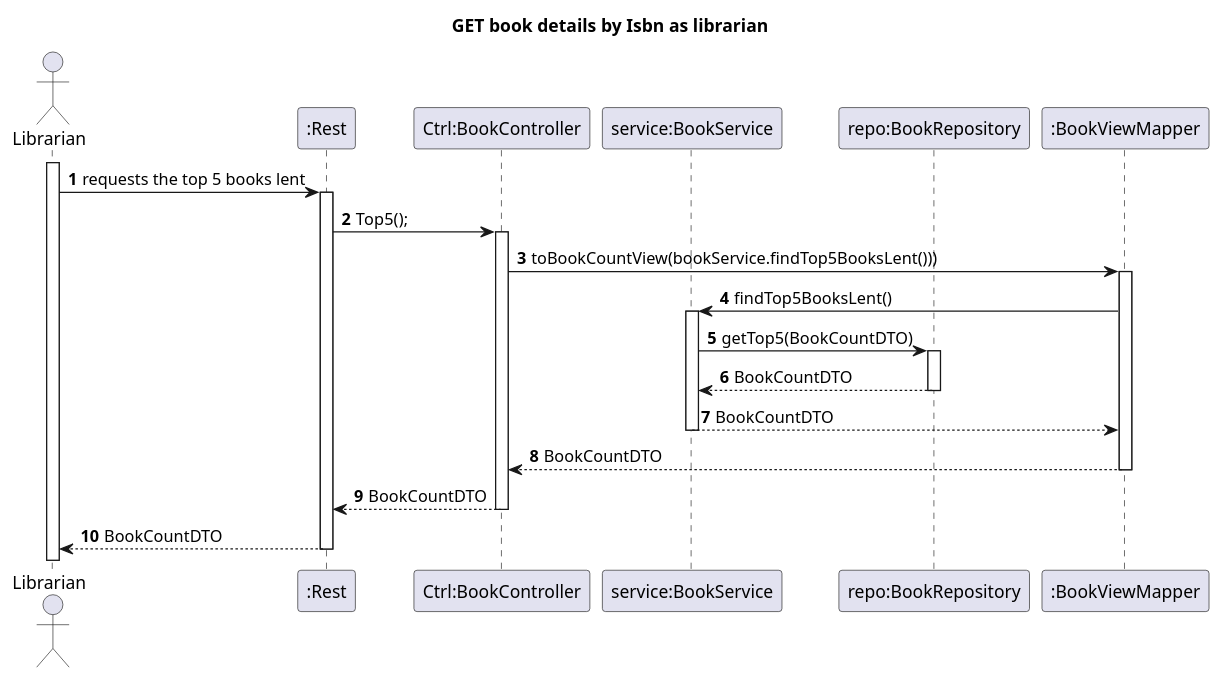
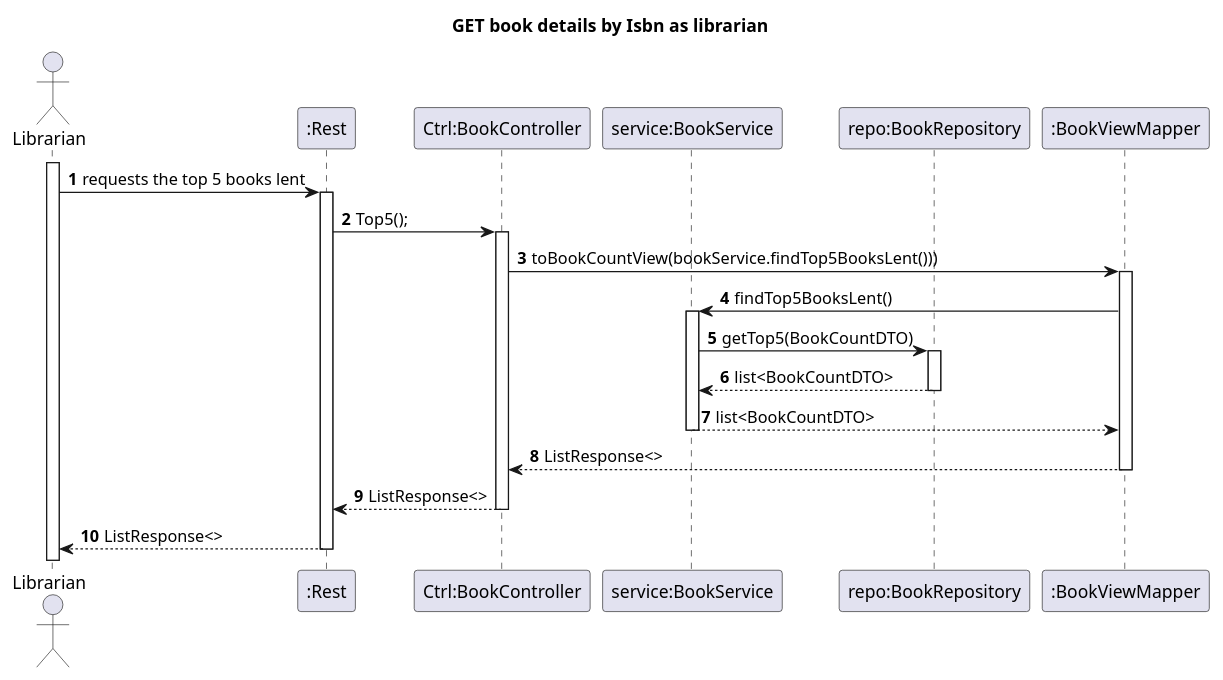
One commit to rutemf/1220944_1220772_G01 changed the diagram in Docs/Phase2/WP2B-Books/Ph2-9-KnowTop5BooksLent/Ph2-9-KnowTop5BooksLent.puml. Above: the diagram before and after it, drawn with PlantUML. The commit also changed 5 other files, not shown here.

```diff
--- a/Docs/Phase2/WP2B-Books/Ph2-9-KnowTop5BooksLent/Ph2-9-KnowTop5BooksLent.puml
+++ b/Docs/Phase2/WP2B-Books/Ph2-9-KnowTop5BooksLent/Ph2-9-KnowTop5BooksLent.puml
@@ -1,32 +1,32 @@
 @startuml
 'https://plantuml.com/sequence-diagram
 autoactivate on
 autonumber
 
 title GET book details by Isbn as librarian
 
 actor "Librarian" as User
 participant ":Rest" as Rest
 participant "Ctrl:BookController" as Ctrl
 participant "service:BookService" as Service
 participant "repo:BookRepository" as Repo
 participant ":BookViewMapper" as Mapper
 
 
 activate User
 
 User -> Rest: requests the top 5 books lent
 
 Rest -> Ctrl: Top5();
 
 
 Ctrl -> Mapper: toBookCountView(bookService.findTop5BooksLent()))
 Mapper -> Service: findTop5BooksLent()
 Service -> Repo: getTop5(BookCountDTO)
-Repo --> Service: BookCountDTO
-Service --> Mapper: BookCountDTO
-Mapper --> Ctrl: BookCountDTO
-Ctrl --> Rest: BookCountDTO
-Rest --> User: BookCountDTO
+Repo --> Service: list<BookCountDTO>
+Service --> Mapper: list<BookCountDTO>
+Mapper --> Ctrl: ListResponse<>
+Ctrl --> Rest: ListResponse<>
+Rest --> User: ListResponse<>
 
 @enduml
```
